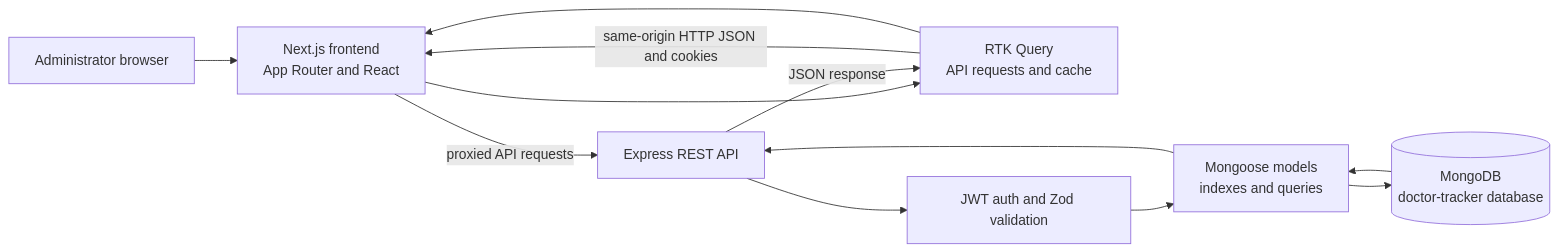
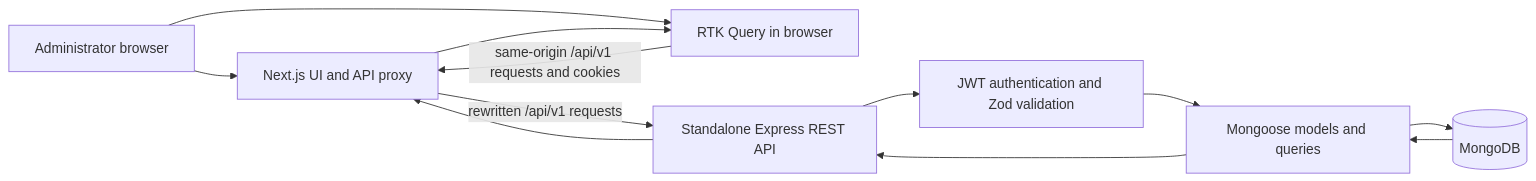
The diagram in readme.md (md-abunayem/doctor-tracker), drawn with Mermaid before and after one commit. The commit also changed other lines of this file, not shown here.

````diff
--- a/readme.md
+++ b/readme.md
@@ -152,22 +153,22 @@
 ```mermaid
 flowchart LR
-    Admin[Administrator browser]
-    Next[Next.js frontend<br/>App Router and React]
-    RTK[RTK Query<br/>API requests and cache]
-    Express[Express REST API]
-    Validate[JWT auth and Zod validation]
-    Mongoose[Mongoose models<br/>indexes and queries]
-    Mongo[(MongoDB<br/>doctor-tracker database)]
+    Browser[Administrator browser]
+    Next[Next.js UI and API proxy]
+    RTK[RTK Query in browser]
+    Express[Standalone Express REST API]
+    Auth[JWT authentication and Zod validation]
+    Mongoose[Mongoose models and queries]
+    Mongo[(MongoDB)]
 
-    Admin --> Next
-    Next --> RTK
-    RTK -->|same-origin HTTP JSON and cookies| Next
-    Next -->|proxied API requests| Express
-    Express --> Validate
-    Validate --> Mongoose
+    Browser --> Next
+    Browser --> RTK
+    RTK -->|same-origin /api/v1 requests and cookies| Next
+    Next -->|rewritten /api/v1 requests| Express
+    Express --> Auth
+    Auth --> Mongoose
     Mongoose --> Mongo
     Mongo --> Mongoose
     Mongoose --> Express
-    Express -->|JSON response| RTK
-    RTK --> Next
+    Express --> Next
+    Next --> RTK
 ```
````
